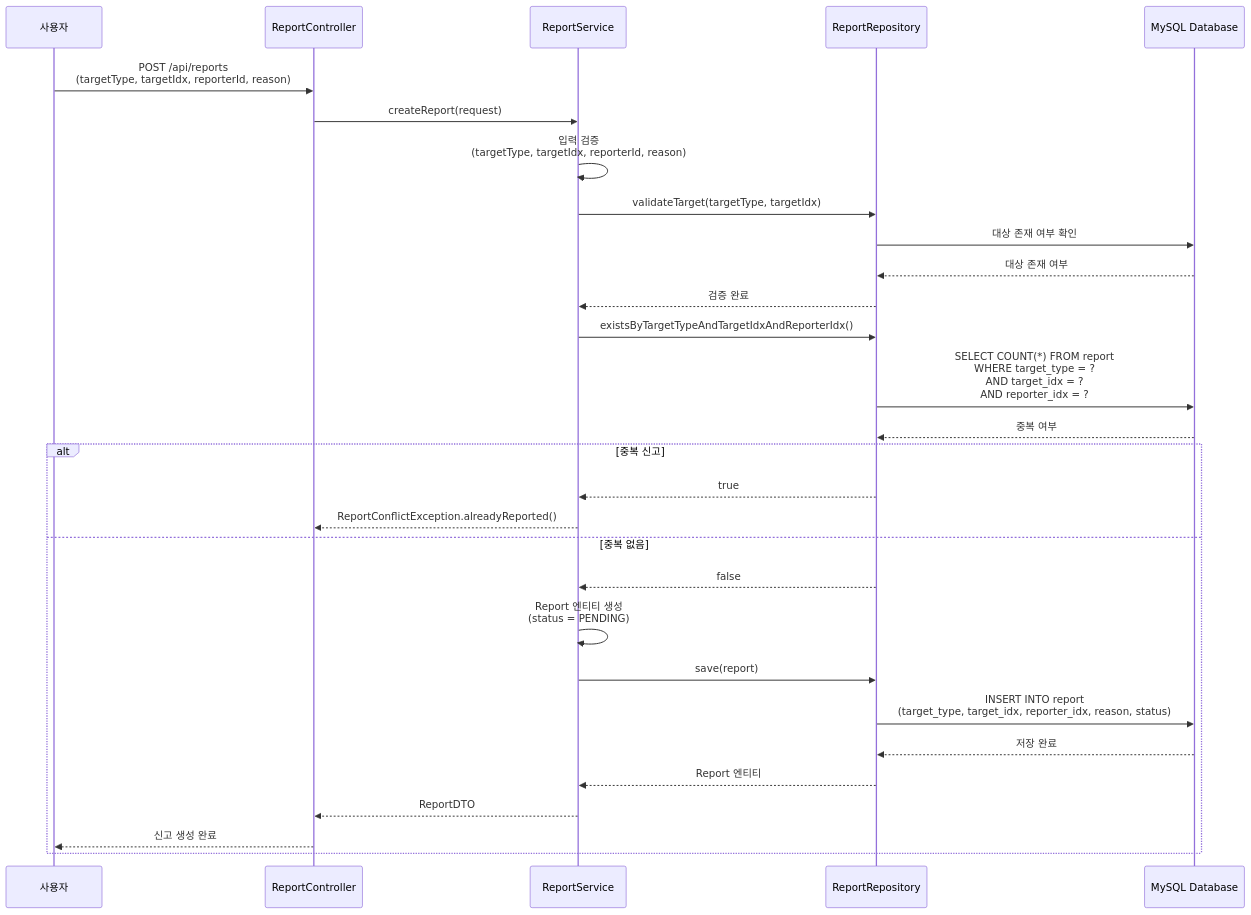
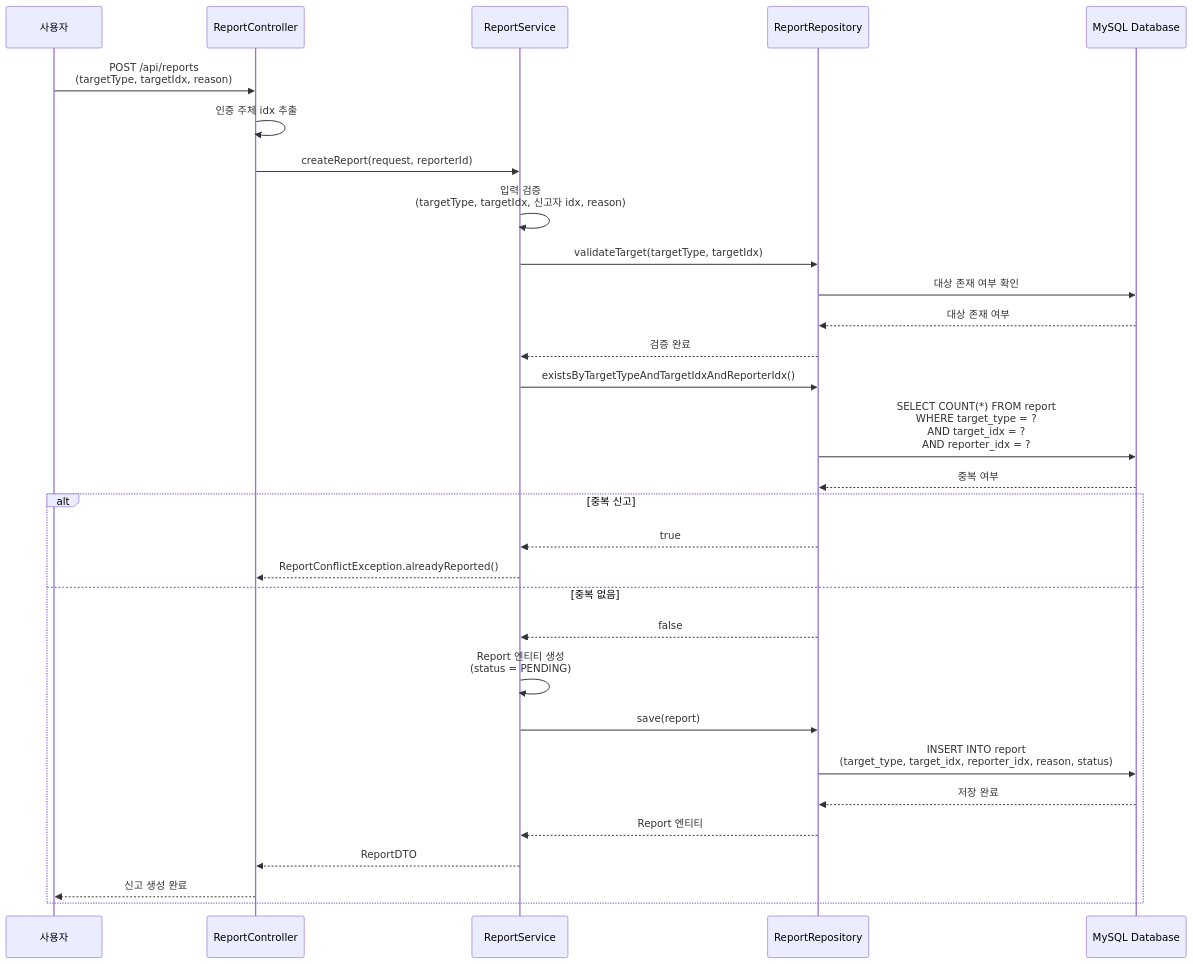
Before and after one commit to makkong1/Petory: the second of 5 diagrams in docs/architecture/user/신고 및 제재 시스템 아키텍처.md, drawn with Mermaid. The commit also changed other lines of this file and 14 other files, not shown here.

````diff
--- a/docs/architecture/user/신고 및 제재 시스템 아키텍처.md
+++ b/docs/architecture/user/신고 및 제재 시스템 아키텍처.md
@@ -764,36 +764,37 @@
 ```mermaid
 sequenceDiagram
     participant User as 사용자
     participant RC as ReportController
     participant RS as ReportService
     participant RR as ReportRepository
     participant MySQL as MySQL Database
     
-    User->>RC: POST /api/reports<br/>(targetType, targetIdx, reporterId, reason)
-    RC->>RS: createReport(request)
+    User->>RC: POST /api/reports<br/>(targetType, targetIdx, reason)
+    RC->>RC: 인증 주체 idx 추출
+    RC->>RS: createReport(request, reporterId)
     
-    RS->>RS: 입력 검증<br/>(targetType, targetIdx, reporterId, reason)
+    RS->>RS: 입력 검증<br/>(targetType, targetIdx, 신고자 idx, reason)
     
     RS->>RR: validateTarget(targetType, targetIdx)
     RR->>MySQL: 대상 존재 여부 확인
     MySQL-->>RR: 대상 존재 여부
     RR-->>RS: 검증 완료
     
     RS->>RR: existsByTargetTypeAndTargetIdxAndReporterIdx()
     RR->>MySQL: SELECT COUNT(*) FROM report<br/>WHERE target_type = ?<br/>AND target_idx = ?<br/>AND reporter_idx = ?
     MySQL-->>RR: 중복 여부
     
     alt 중복 신고
         RR-->>RS: true
         RS-->>RC: ReportConflictException.alreadyReported()
     else 중복 없음
         RR-->>RS: false
         RS->>RS: Report 엔티티 생성<br/>(status = PENDING)
         RS->>RR: save(report)
         RR->>MySQL: INSERT INTO report<br/>(target_type, target_idx, reporter_idx, reason, status)
         MySQL-->>RR: 저장 완료
         RR-->>RS: Report 엔티티
         RS-->>RC: ReportDTO
         RC-->>User: 신고 생성 완료
     end
 ```
````
